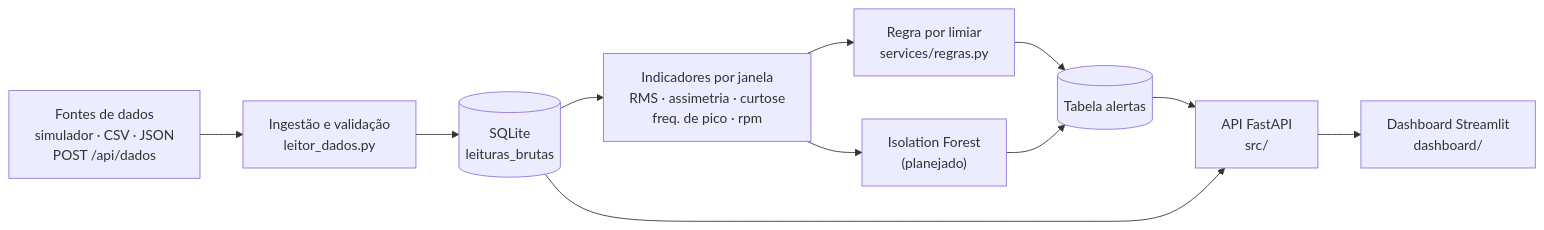
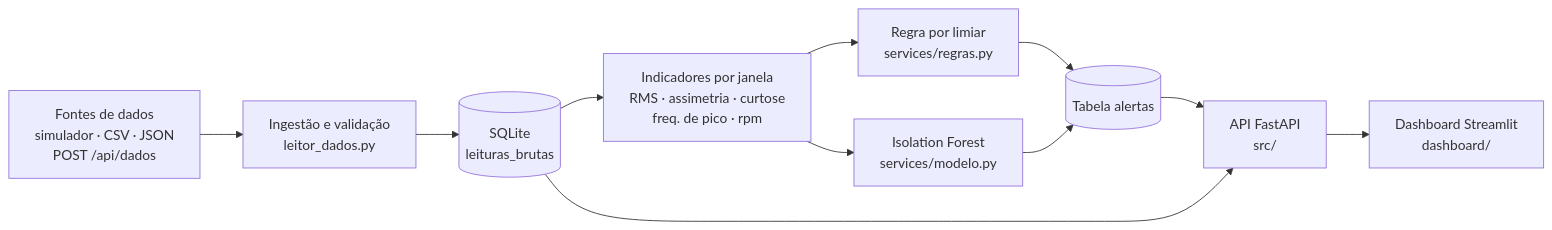
The first of 2 diagrams in Readme.md (iranCosta/Projeto-Aplicado-II), drawn with Mermaid before and after one commit. The commit also changed other lines of this file and 13 other files, not shown here.

First line of the commit message:
Isolation Forest por sensor, salvo com joblib, na API e no painel

````diff
--- a/Readme.md
+++ b/Readme.md
@@ -46,13 +46,13 @@
 ```mermaid
 flowchart LR
     A["Fontes de dados<br/>simulador · CSV · JSON<br/>POST /api/dados"] --> B["Ingestão e validação<br/>leitor_dados.py"]
     B --> C[("SQLite<br/>leituras_brutas")]
     C --> D["Indicadores por janela<br/>RMS · assimetria · curtose<br/>freq. de pico · rpm"]
     D --> E["Regra por limiar<br/>services/regras.py"]
-    D --> F["Isolation Forest<br/>(planejado)"]
+    D --> F["Isolation Forest<br/>services/modelo.py"]
     E --> G[("Tabela alertas")]
     F --> G
     G --> H["API FastAPI<br/>src/"]
     C --> H
     H --> I["Dashboard Streamlit<br/>dashboard/"]
 ```
````
